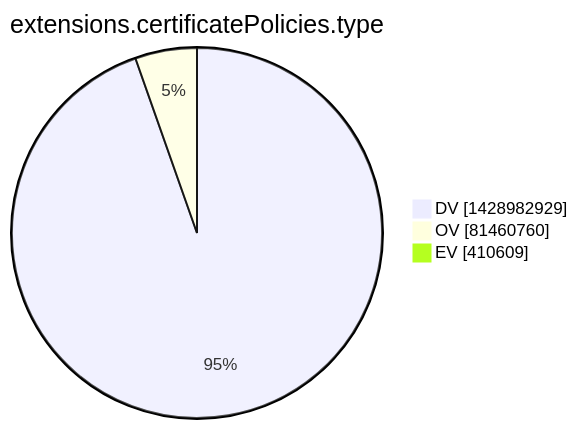
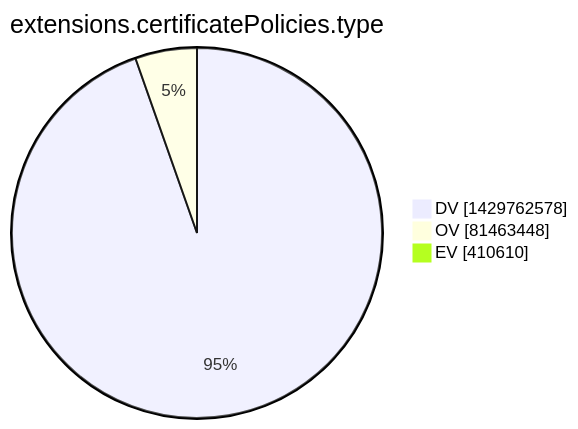
The tenth of 15 diagrams in xenon2022/README.md (christiankrug/ctmonitor_visualization), drawn with Mermaid before and after one commit. The commit also changed other lines of this file, not shown here.

````diff
--- a/xenon2022/README.md
+++ b/xenon2022/README.md
@@ -2867,7 +2867,7 @@
 ```mermaid
 pie showData
 title extensions.certificatePolicies.type
-"DV" :1428982929
-"OV" :81460760
-"EV" :410609
+"DV" :1429762578
+"OV" :81463448
+"EV" :410610
 ```
````
